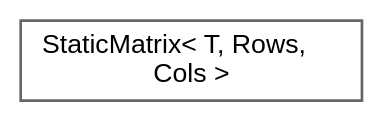
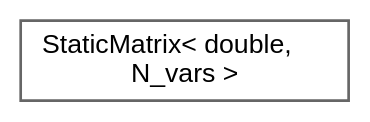
Before and after one commit to jswoo0615/Algorithms_for_Optimization_cpp: the diagram in inherit_graph_94.dot, drawn with Graphviz. The commit also changed 144 other files, not shown here.

```diff
--- a/inherit_graph_94.dot
+++ b/inherit_graph_94.dot
@@ -1,9 +1,9 @@
 digraph "Graphical Class Hierarchy"
 {
  // LATEX_PDF_SIZE
   bgcolor="transparent";
   edge [fontname=Helvetica,fontsize=10,labelfontname=Helvetica,labelfontsize=10];
   node [fontname=Helvetica,fontsize=10,shape=box,height=0.2,width=0.4];
   rankdir="LR";
-  Node0 [id="Node000000",label="StaticMatrix\< T, Rows,\l Cols \>",height=0.2,width=0.4,color="grey40", fillcolor="white", style="filled",URL="$classStaticMatrix.html",tooltip="전방 선언 (Forward Declaration)"];
+  Node0 [id="Node000000",label="StaticMatrix\< double,\l N_vars \>",height=0.2,width=0.4,color="grey40", fillcolor="white", style="filled",URL="$classStaticMatrix.html",tooltip=" "];
 }
```
